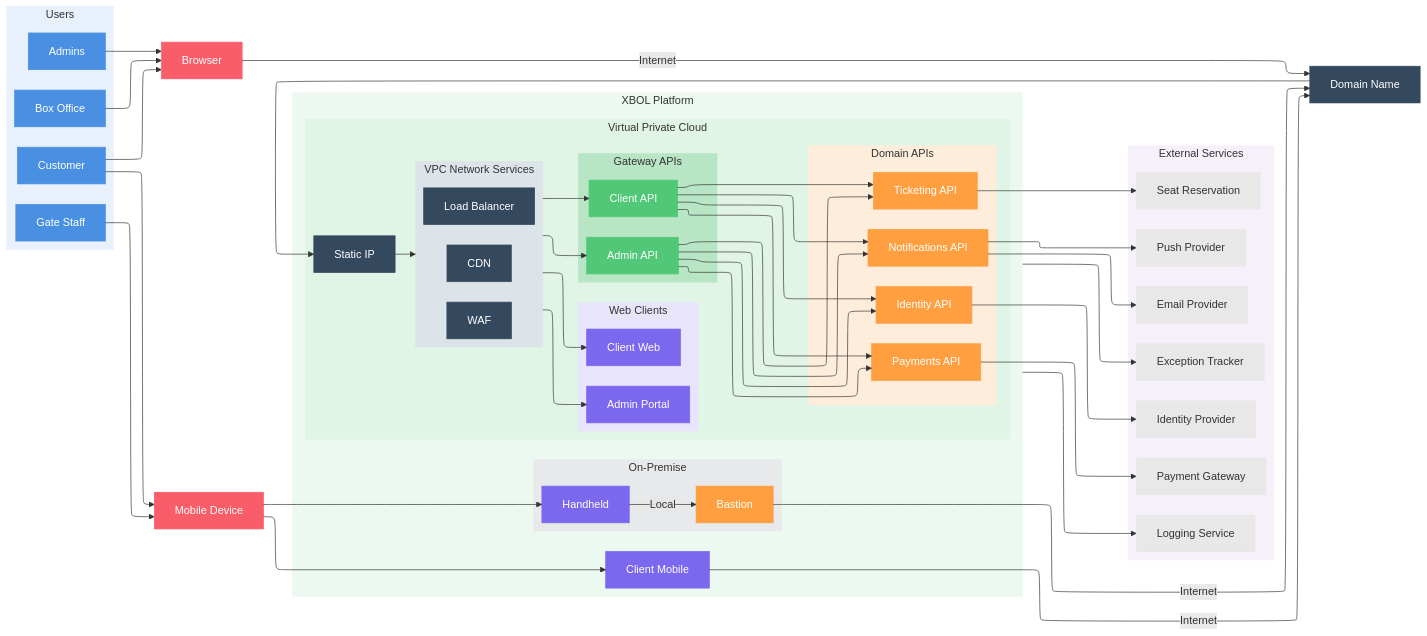
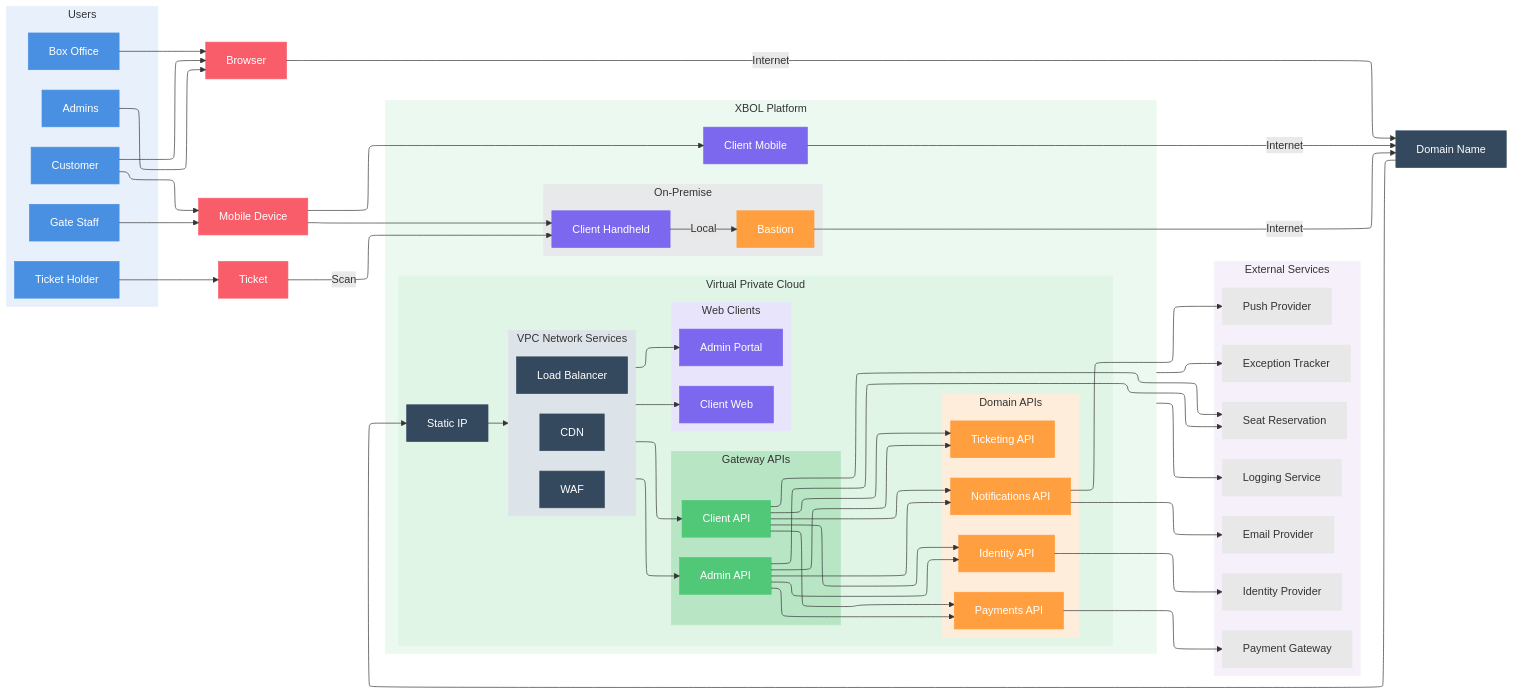
The diagram in diagrams/context.mmd (disusered/docs-test), drawn with Mermaid before and after one commit. The commit also changed 1 other file, not shown here.

Commit message:
feat(diagrams): Add ticket holder and update context architecture
- Add Ticket Holder user type with Ticket scanning flow
- Rename Handheld to Client Handheld
- Move seats.io connection from Ticketing to Gateway APIs

```diff
--- a/diagrams/context.mmd
+++ b/diagrams/context.mmd
@@ -1,151 +1,158 @@
 %%{init: {"flowchart": {"defaultRenderer": "elk"}} }%%
 graph LR
     subgraph users[Users]
         admin_staff[Admins]
         box_office[Box Office]
         customer[Customer]
         gate_staff[Gate Staff]
+        ticket_holder[Ticket Holder]
     end
 
     browser[Browser]
     device[Mobile Device]
+    ticket[Ticket]
     domain_name[Domain Name]
 
     subgraph platform[XBOL Platform]
       client_mobile[Client Mobile]
 
       subgraph vpc[Virtual Private Cloud]
         ip_addr[Static IP]
 
         subgraph vpc_services[VPC Network Services]
           cdn[CDN]
           waf[WAF]
           load_balancer[Load Balancer]
         end
 
         subgraph web_clients[Web Clients]
             admin_portal[Admin Portal]
             client_web[Client Web]
         end
 
         subgraph gateway[Gateway APIs]
             api_admin[Admin API]
             api_client[Client API]
         end
 
         subgraph domain[Domain APIs]
             api_ticketing[Ticketing API]
             api_payments[Payments API]
             api_identity[Identity API]
             api_notifications[Notifications API]
         end
       end
 
         subgraph onprem[On-Premise]
             bastion[Bastion]
-            handheld[Handheld]
+            handheld[Client Handheld]
         end
     end
 
     subgraph external[External Services]
         payment_gateway[Payment Gateway]
         seating_service[Seat Reservation]
         email_provider[Email Provider]
         push_provider[Push Provider]
         identity_provider[Identity Provider]
         exception_tracker[Exception Tracker]
         logging_service[Logging Service]
     end
 
     %% Normal customer can use the web app or the mobile app
     customer --> browser
     customer --> device
     device --> client_mobile
 
     %% Admin and box office staff can use the admin portal
     admin_staff --> browser
     box_office --> browser
 
     %% Gate staff use the handheld app
     gate_staff --> device
     device --> handheld
+
+    %% Ticket holders present tickets (QR, printed, RFID) for scanning
+    ticket_holder --> ticket
+    ticket -->|Scan| handheld
 
     %% The handheld connects to the local bastion for offline functionality
     handheld -->|Local| bastion
     bastion -->|Internet| domain_name
 
     %% The web app needs to resolve the public domain before redirecting to the
     %% web client: Blazor for Admin and React for Mobile
     browser -->|Internet| domain_name
 
     %% The mobile app uses API and network services through the public domain
     client_mobile -->|Internet| domain_name
 
     %% The domain(s) redirect to static ip reservation(s)
     domain_name --> ip_addr
 
     %% The IP address(es) redirect to the VPC network services
     ip_addr --> vpc_services
 
     %% The VPC network services then redirect to the web app or API
     %% The web clients don't connect directly to the APIs, they load the site
     %% on the user's device, which then requests from APIs or CDN
     vpc_services --> admin_portal
     vpc_services --> client_web
     vpc_services --> api_client
     vpc_services --> api_admin
 
     %% The Gateway APIs connect to Domain APIs
     api_admin --> api_identity
     api_admin --> api_ticketing
     api_admin --> api_payments
     api_admin --> api_notifications
     api_client --> api_identity
     api_client --> api_ticketing
     api_client --> api_payments
     api_client --> api_notifications
 
     %% The Identity API may rely on an external database or provider
     api_identity --> identity_provider
 
-    %% The Ticketing API relies on a seating service like seats.io
-    api_ticketing --> seating_service
+    %% The Gateway APIs manage seat inventory via seats.io
+    api_admin --> seating_service
+    api_client --> seating_service
 
     %% The Payment API relies on a payment processor
     api_payments --> payment_gateway
 
     %% The Notifications API relies on notification channel providers
     api_notifications --> email_provider
     api_notifications --> push_provider
 
     %% All our platform services log their output and exceptions
     platform --> exception_tracker
     platform --> logging_service
 
     %% Node styles - stroke matches fill for borderless look
     classDef userStyle fill:#4A90E2,stroke:#4A90E2,color:#fff
     classDef clientStyle fill:#7B68EE,stroke:#7B68EE,color:#fff
     classDef gatewayStyle fill:#50C878,stroke:#50C878,color:#fff
     classDef domainStyle fill:#FF9F40,stroke:#FF9F40,color:#fff
     classDef infraStyle fill:#34495E,stroke:#34495E,color:#fff
     classDef deviceStyle fill:#f95d6a,stroke:#f95d6a,color:#fff
     classDef externalStyle fill:#E8E8E8,stroke:#E8E8E8,color:#333
 
-    class customer,admin_staff,box_office,gate_staff userStyle
+    class customer,admin_staff,box_office,gate_staff,ticket_holder userStyle
     class admin_portal,handheld,client_web,client_mobile clientStyle
     class api_admin,api_client gatewayStyle
     class bastion,api_ticketing,api_payments,api_identity,api_notifications domainStyle
     class load_balancer,ip_addr,domain_name,cdn,waf infraStyle
-    class browser,device deviceStyle
+    class browser,device,ticket deviceStyle
     class payment_gateway,seating_service,email_provider,push_provider,identity_provider,exception_tracker,logging_service externalStyle
 
     %% Subgraph styling - layered fills, no borders
     style users fill:#e7f0fb,stroke:#e7f0fb
     style platform fill:#ecf9f0,stroke:#ecf9f0
     style vpc fill:#e0f5e6,stroke:#e0f5e6
     style vpc_services fill:#dde4e9,stroke:#dde4e9
     style web_clients fill:#e8e4fc,stroke:#e8e4fc
     style gateway fill:#b8e6c4,stroke:#b8e6c4
     style domain fill:#ffeddb,stroke:#ffeddb
     style onprem fill:#e8e9ea,stroke:#e8e9ea
     style external fill:#f5f0fa,stroke:#f5f0fa
```
